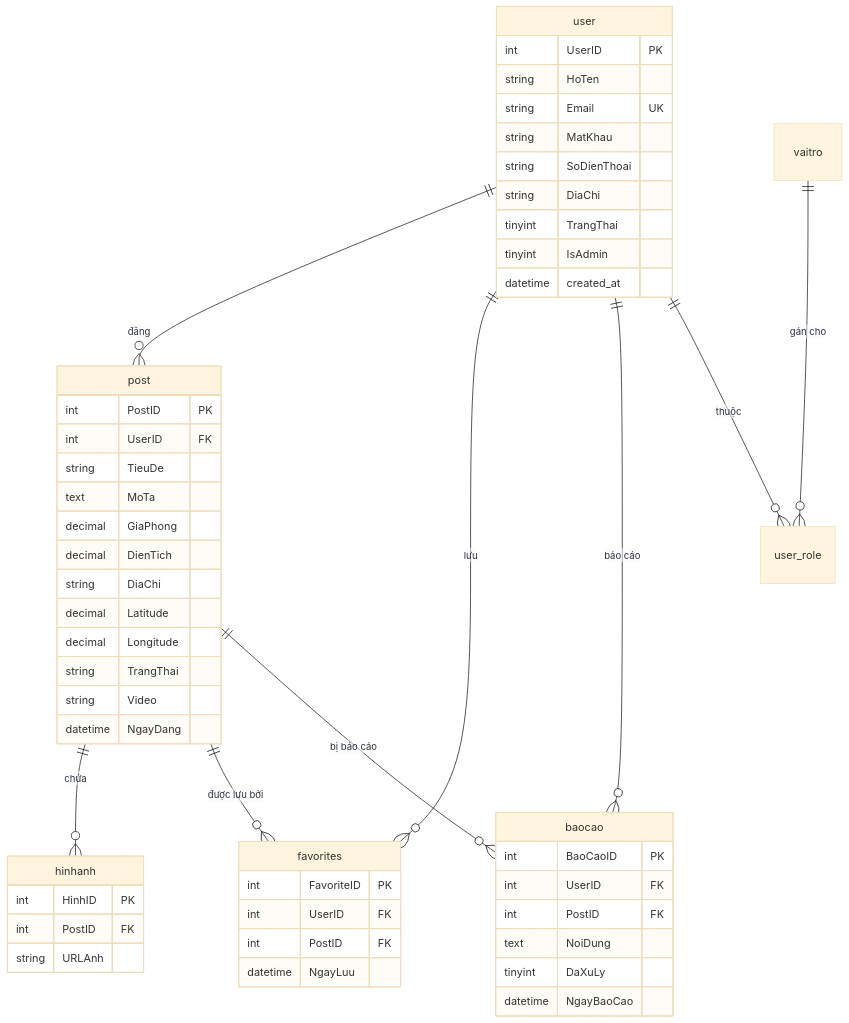
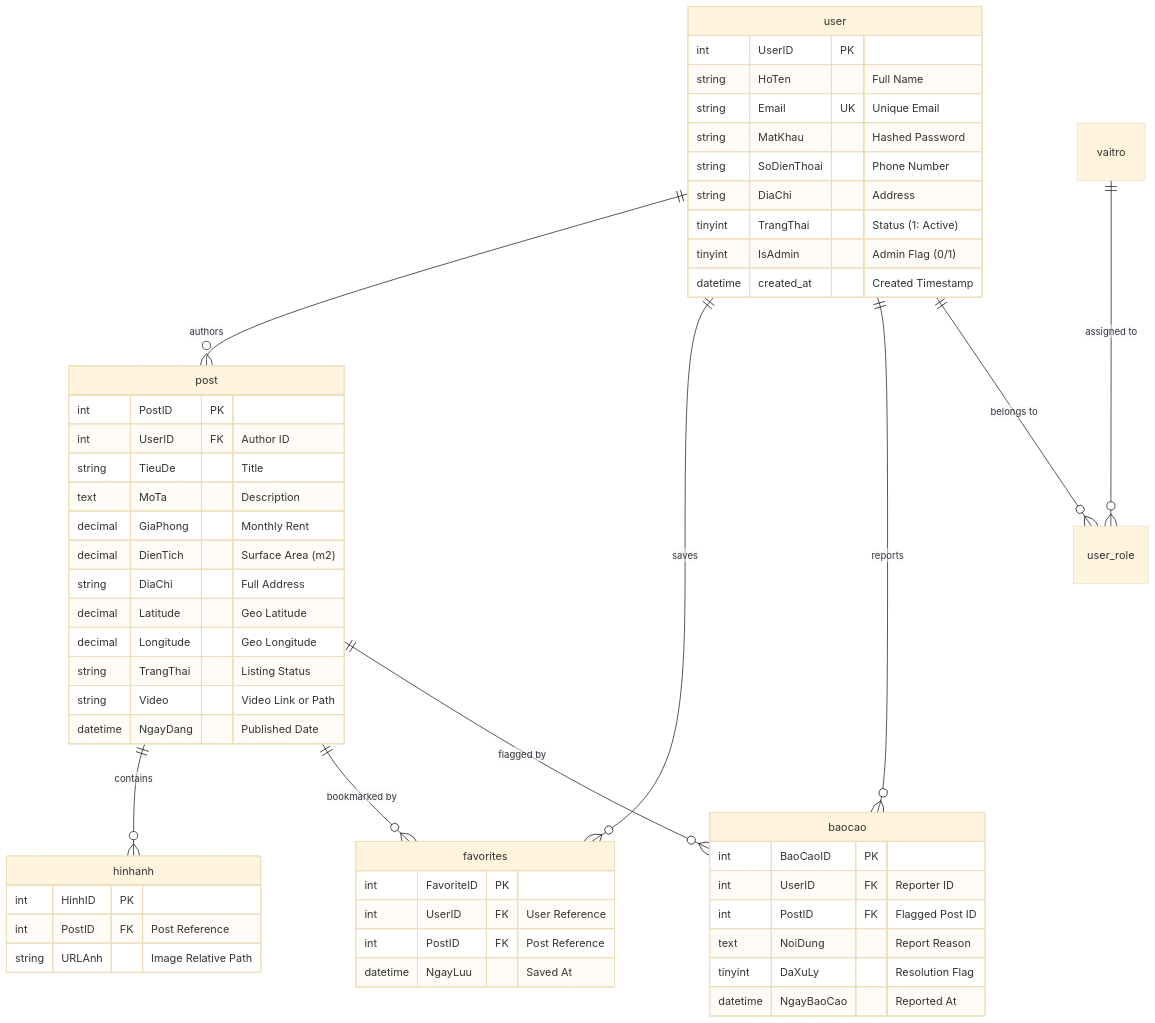
The diagram in README.md (KHANHSKY0808/PhongTroQN), drawn with Mermaid (base theme) before and after one commit. The commit also changed other lines of this file, not shown here.

````diff
--- a/README.md
+++ b/README.md
@@ -44,60 +84,60 @@
 ```mermaid
 erDiagram
-    user ||--o{ post : "đăng"
-    user ||--o{ favorites : "lưu"
-    user ||--o{ baocao : "báo cáo"
-    user ||--o{ user_role : "thuộc"
-    vaitro ||--o{ user_role : "gán cho"
-    post ||--o{ hinhanh : "chứa"
-    post ||--o{ favorites : "được lưu bởi"
-    post ||--o{ baocao : "bị báo cáo"
+    user ||--o{ post : "authors"
+    user ||--o{ favorites : "saves"
+    user ||--o{ baocao : "reports"
+    user ||--o{ user_role : "belongs to"
+    vaitro ||--o{ user_role : "assigned to"
+    post ||--o{ hinhanh : "contains"
+    post ||--o{ favorites : "bookmarked by"
+    post ||--o{ baocao : "flagged by"
 
     user {
         int UserID PK
-        string HoTen
-        string Email UK
-        string MatKhau
-        string SoDienThoai
-        string DiaChi
-        tinyint TrangThai
-        tinyint IsAdmin
-        datetime created_at
+        string HoTen "Full Name"
+        string Email UK "Unique Email"
+        string MatKhau "Hashed Password"
+        string SoDienThoai "Phone Number"
+        string DiaChi "Address"
+        tinyint TrangThai "Status (1: Active)"
+        tinyint IsAdmin "Admin Flag (0/1)"
+        datetime created_at "Created Timestamp"
     }
 
     post {
         int PostID PK
-        int UserID FK
-        string TieuDe
-        text MoTa
-        decimal GiaPhong
-        decimal DienTich
-        string DiaChi
-        decimal Latitude
-        decimal Longitude
-        string TrangThai
-        string Video
-        datetime NgayDang
+        int UserID FK "Author ID"
+        string TieuDe "Title"
+        text MoTa "Description"
+        decimal GiaPhong "Monthly Rent"
+        decimal DienTich "Surface Area (m2)"
+        string DiaChi "Full Address"
+        decimal Latitude "Geo Latitude"
+        decimal Longitude "Geo Longitude"
+        string TrangThai "Listing Status"
+        string Video "Video Link or Path"
+        datetime NgayDang "Published Date"
     }
 
     hinhanh {
         int HinhID PK
-        int PostID FK
-        string URLAnh
+        int PostID FK "Post Reference"
+        string URLAnh "Image Relative Path"
     }
 
     favorites {
         int FavoriteID PK
-        int UserID FK
-        int PostID FK
-        datetime NgayLuu
+        int UserID FK "User Reference"
+        int PostID FK "Post Reference"
+        datetime NgayLuu "Saved At"
     }
 
     baocao {
         int BaoCaoID PK
-        int UserID FK
-        int PostID FK
-        text NoiDung
-        tinyint DaXuLy
-        datetime NgayBaoCao
+        int UserID FK "Reporter ID"
+        int PostID FK "Flagged Post ID"
+        text NoiDung "Report Reason"
+        tinyint DaXuLy "Resolution Flag"
+        datetime NgayBaoCao "Reported At"
     }
 ```
````
